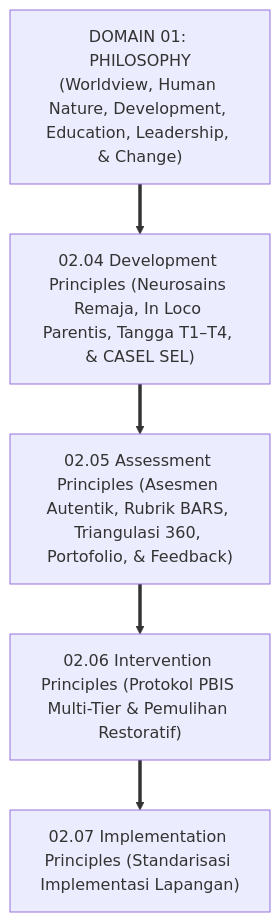
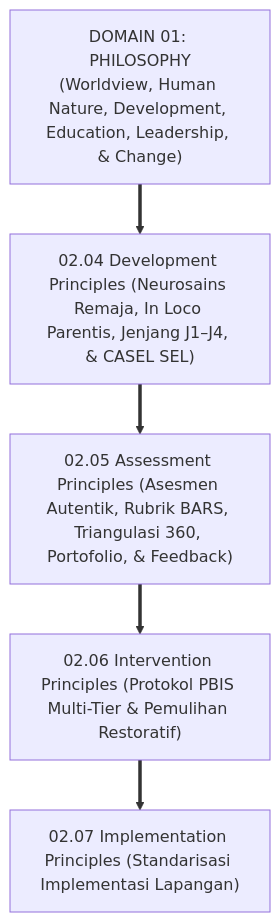
Before and after one commit to wandiapriliyandi/tumbuh: the first of 3 diagrams in 02 Principles/05 Assessment Principles/P2-05-Prinsip-Asesmen-Karakter-TUMBUH.md, drawn with Mermaid. The commit also changed other lines of this file and 209 other files, not shown here.

````diff
--- a/02 Principles/05 Assessment Principles/P2-05-Prinsip-Asesmen-Karakter-TUMBUH.md
+++ b/02 Principles/05 Assessment Principles/P2-05-Prinsip-Asesmen-Karakter-TUMBUH.md
@@ -49,11 +49,11 @@
 ```mermaid
 graph TD
     D1["DOMAIN 01: PHILOSOPHY<br/>(Worldview, Human Nature, Development, Education, Leadership, & Change)"]
-    ==> D2_04["02.04 Development Principles (Neurosains Remaja, In Loco Parentis, Tangga T1–T4, & CASEL SEL)"]
+    ==> D2_04["02.04 Development Principles (Neurosains Remaja, In Loco Parentis, Jenjang J1–J4, & CASEL SEL)"]
     
     D2_04 ==> D2_05["02.05 Assessment Principles (Asesmen Autentik, Rubrik BARS, Triangulasi 360, Portofolio, & Feedback)"]
     
     D2_05 ==> D2_06["02.06 Intervention Principles (Protokol PBIS Multi-Tier & Pemulihan Restoratif)"]
     
     D2_06 ==> D2_07["02.07 Implementation Principles (Standarisasi Implementasi Lapangan)"]
 ```
````
